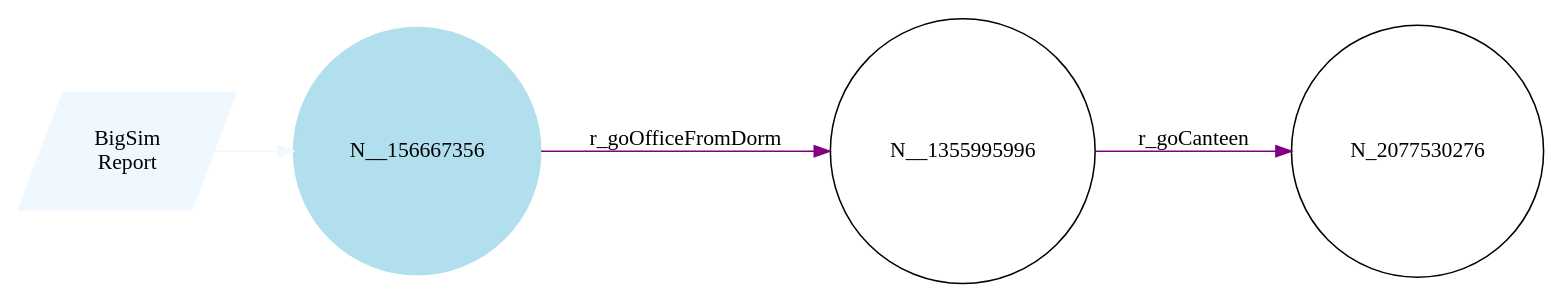
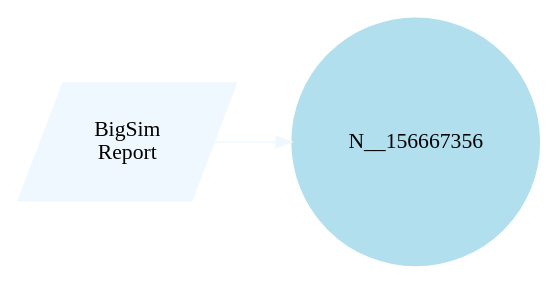
The diagram in Examples/Airport_513/results/123.dot (wangmin1409/BigSim), drawn with Graphviz before and after one commit. The commit also changed 6 other files, not shown here.

```diff
--- a/Examples/Airport_513/results/123.dot
+++ b/Examples/Airport_513/results/123.dot
@@ -1,14 +1,10 @@
 digraph reaction_graph {
    rankdir=LR;
    Node [shape = circle];
    BigSim_Report [shape = parallelogram color = aliceblue style=filled label="BigSim
 Report"];
 BigSim_Report -> N__156667356[color = aliceblue label = ""];
  N__156667356
  [shape=circle, color=lightblue2, style=filled];
-N_2077530276[ label="N_2077530276"];
 N__156667356[ label="N__156667356"];
- N__156667356 -> N__1355995996[ color = purple label = "r_goOfficeFromDorm"];
-N__1355995996[ label="N__1355995996"];
- N__1355995996 -> N_2077530276[ color = purple label = "r_goCanteen"];
 }
```
